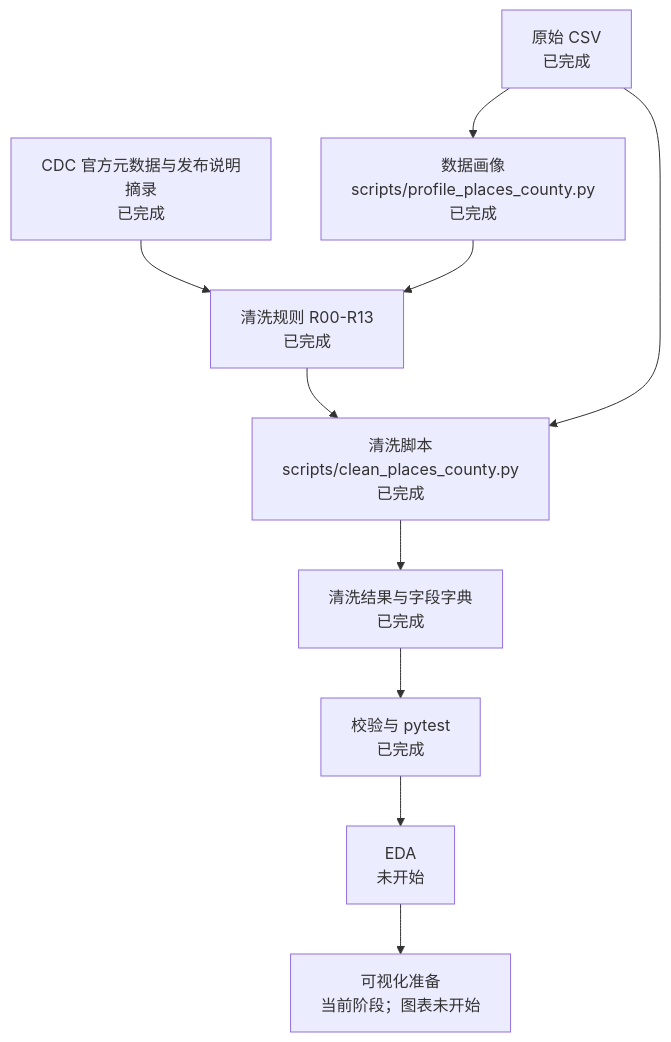
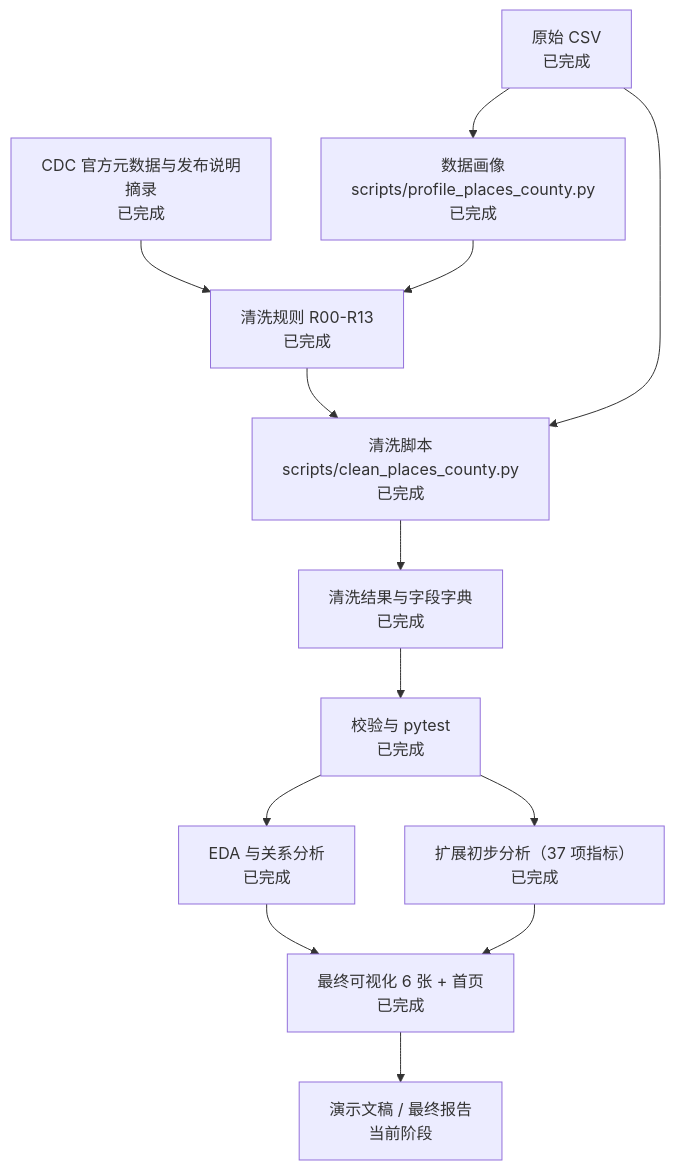
Before and after one commit to huazhangz/NTU-DATA-VISUALIZATION-PROJECT: the diagram in SD6105_project_status_and_pipeline.md, drawn with Mermaid. The commit also changed other lines of this file and 24 other files, not shown here.

````diff
--- a/SD6105_project_status_and_pipeline.md
+++ b/SD6105_project_status_and_pipeline.md
@@ -55,22 +60,27 @@
 ```mermaid
 flowchart TD
     raw["原始 CSV<br/>已完成"]
     meta["CDC 官方元数据与发布说明摘录<br/>已完成"]
     profile["数据画像<br/>scripts/profile_places_county.py<br/>已完成"]
     rules["清洗规则 R00-R13<br/>已完成"]
     clean["清洗脚本<br/>scripts/clean_places_county.py<br/>已完成"]
     out["清洗结果与字段字典<br/>已完成"]
     valid["校验与 pytest<br/>已完成"]
-    eda["EDA<br/>未开始"]
-    viz["可视化准备<br/>当前阶段；图表未开始"]
+    eda["EDA 与关系分析<br/>已完成"]
+    ext["扩展初步分析（37 项指标）<br/>已完成"]
+    viz["最终可视化 6 张 + 首页<br/>已完成"]
+    deliver["演示文稿 / 最终报告<br/>当前阶段"]
 
     raw --> profile
     meta --> rules
     profile --> rules
     rules --> clean
     raw --> clean
     clean --> out
     out --> valid
     valid --> eda
+    valid --> ext
     eda --> viz
+    ext --> viz
+    viz --> deliver
 ```
````
